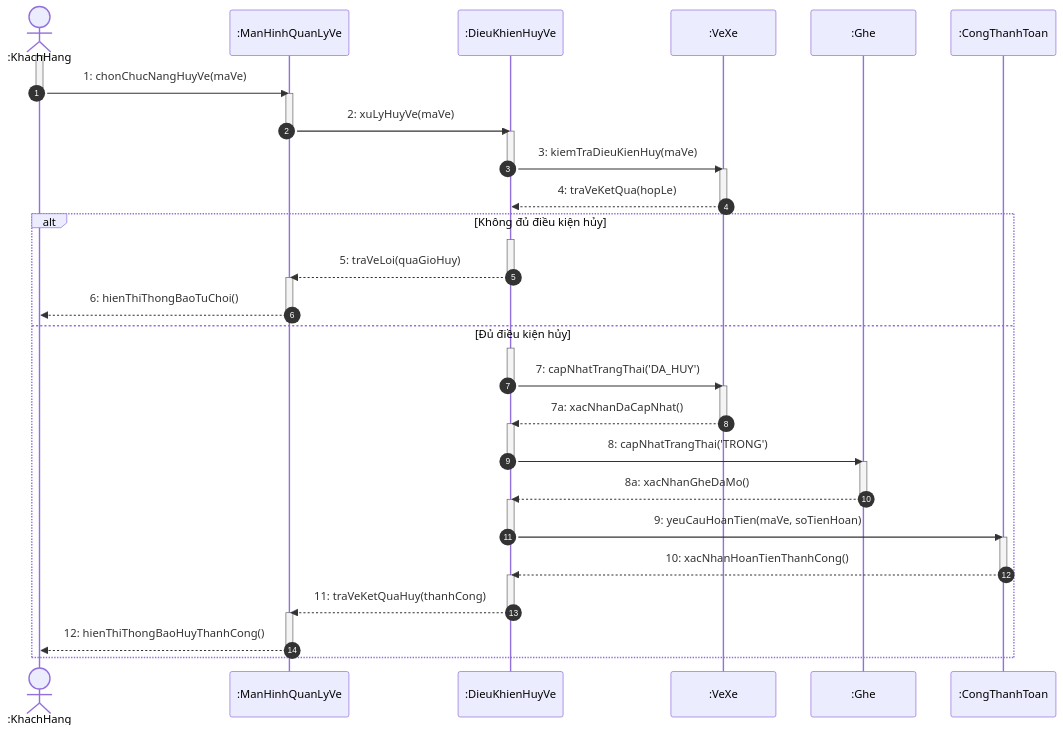
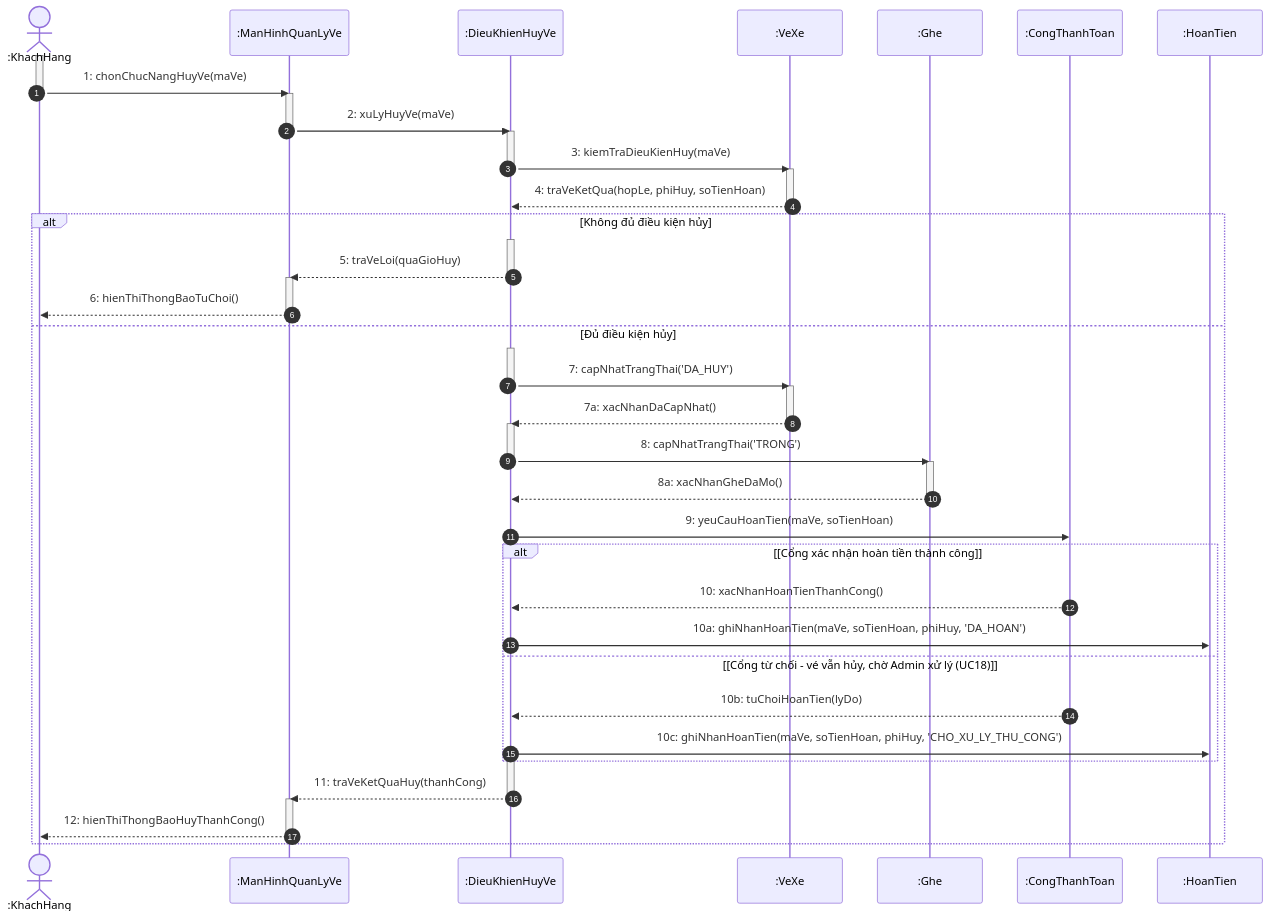
Before and after one commit to Longcodepro/Project_OOAD_HK1_2026-2027: the eighth of 20 diagrams in docs/sequence/Sequence_diagram.md, drawn with Mermaid. The commit also changed other lines of this file and 5 other files, not shown here.

First line of the commit message:
docs(sequence): thêm file draw.io và cập nhật sơ đồ tuần tự

````diff
--- a/docs/sequence/Sequence_diagram.md
+++ b/docs/sequence/Sequence_diagram.md
@@ -610,61 +615,64 @@
 ```mermaid
 sequenceDiagram
     autonumber
     actor KH as :KhachHang
     participant MH as :ManHinhQuanLyVe
     participant DK as :DieuKhienHuyVe
     participant VE as :VeXe
     participant GH as :Ghe
     participant CTT as :CongThanhToan
+    participant HT as :HoanTien
 
     activate KH
     KH ->> MH: 1: chonChucNangHuyVe(maVe)
     deactivate KH
     
     activate MH
     MH ->> DK: 2: xuLyHuyVe(maVe)
     deactivate MH
     activate DK
     DK ->> VE: 3: kiemTraDieuKienHuy(maVe)
     deactivate DK
     activate VE
-    VE -->> DK: 4: traVeKetQua(hopLe)
+    VE -->> DK: 4: traVeKetQua(hopLe, phiHuy, soTienHoan)
     deactivate VE
     
     alt Không đủ điều kiện hủy
         activate DK
         DK -->> MH: 5: traVeLoi(quaGioHuy)
         deactivate DK
         activate MH
         MH -->> KH: 6: hienThiThongBaoTuChoi()
         deactivate MH
     else Đủ điều kiện hủy
         activate DK
         DK ->> VE: 7: capNhatTrangThai('DA_HUY')
         deactivate DK
         activate VE
         VE -->> DK: 7a: xacNhanDaCapNhat()
         deactivate VE
 
         activate DK
         DK ->> GH: 8: capNhatTrangThai('TRONG')
         deactivate DK
         activate GH
         GH -->> DK: 8a: xacNhanGheDaMo()
         deactivate GH
         
-        activate DK
         DK ->> CTT: 9: yeuCauHoanTien(maVe, soTienHoan)
-        deactivate DK
-        activate CTT
-        CTT -->> DK: 10: xacNhanHoanTienThanhCong()
-        deactivate CTT
+        alt [Cổng xác nhận hoàn tiền thành công]
+            CTT -->> DK: 10: xacNhanHoanTienThanhCong()
+            DK ->> HT: 10a: ghiNhanHoanTien(maVe, soTienHoan, phiHuy, 'DA_HOAN')
+        else [Cổng từ chối - vé vẫn hủy, chờ Admin xử lý (UC18)]
+            CTT -->> DK: 10b: tuChoiHoanTien(lyDo)
+            DK ->> HT: 10c: ghiNhanHoanTien(maVe, soTienHoan, phiHuy, 'CHO_XU_LY_THU_CONG')
+        end
         
         activate DK
         DK -->> MH: 11: traVeKetQuaHuy(thanhCong)
         deactivate DK
         activate MH
         MH -->> KH: 12: hienThiThongBaoHuyThanhCong()
         deactivate MH
     end
 ```
````
